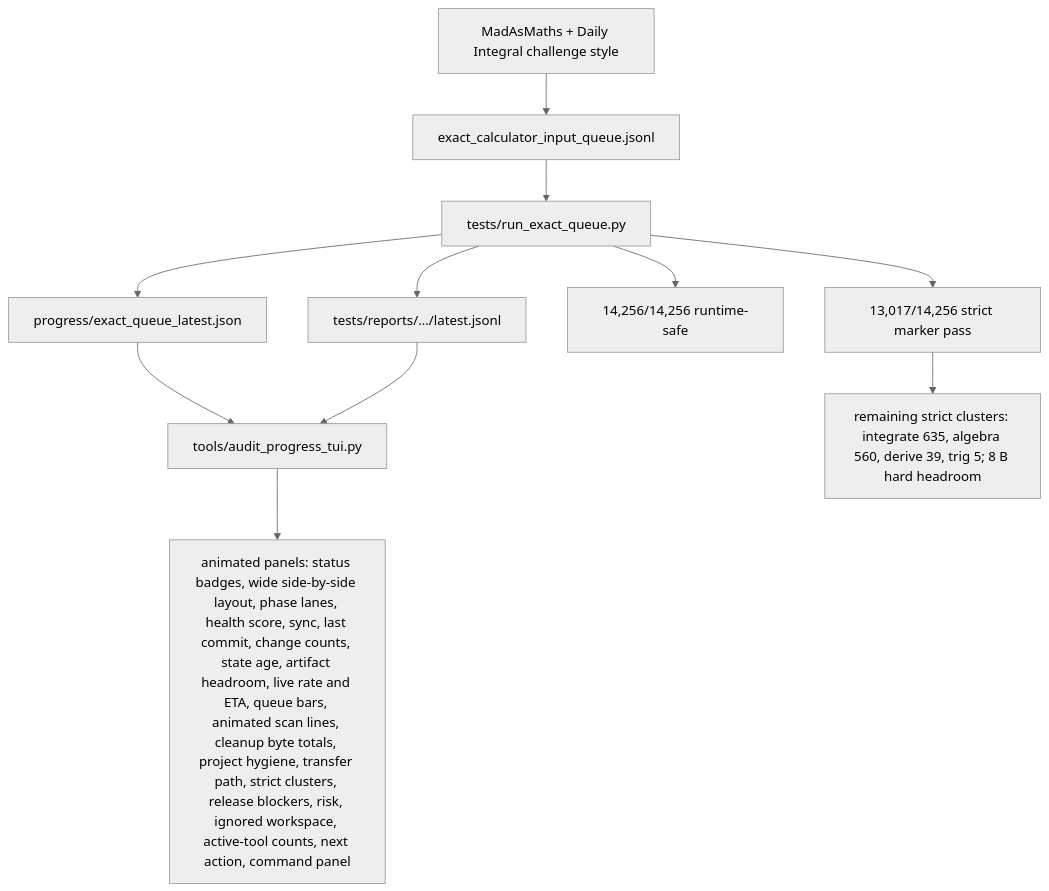
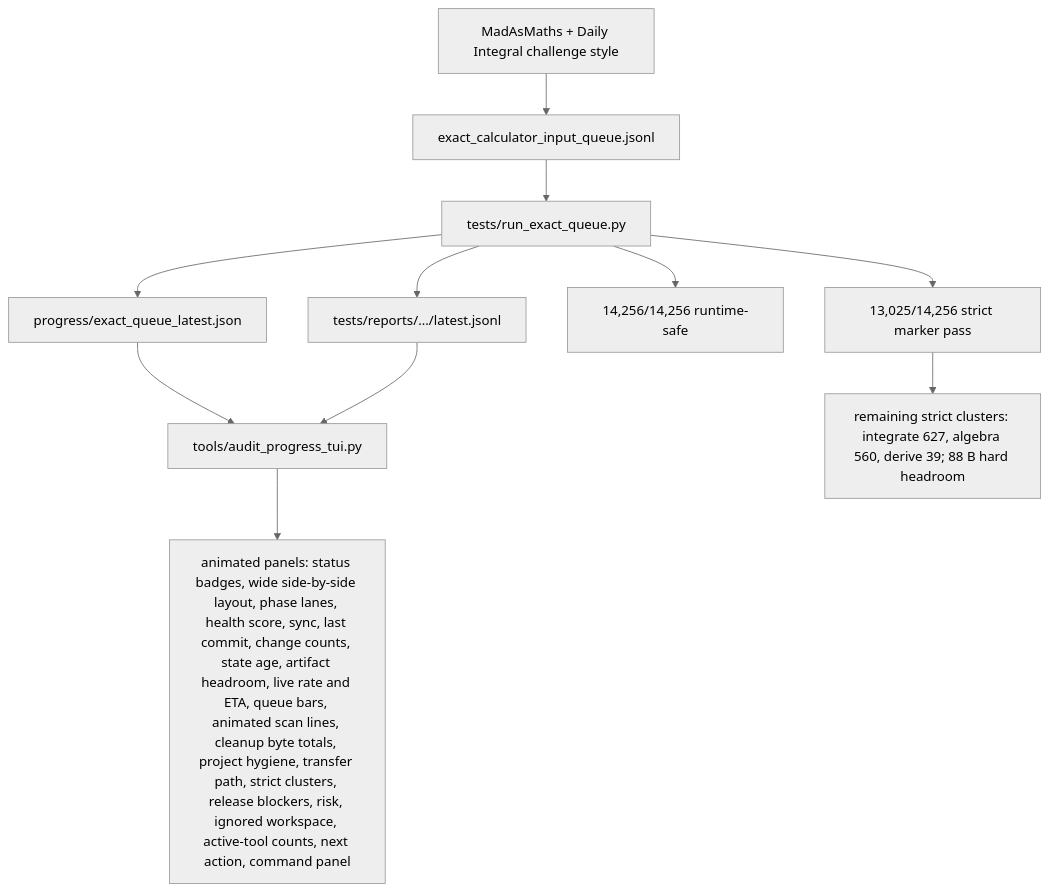
Before and after one commit to james8464/notes-addin-casio-fx-cg50: the fifth of 6 diagrams in docs/GRAPH.md, drawn with Mermaid (neutral theme). The commit also changed other lines of this file and 4 other files, not shown here.

````diff
--- a/docs/GRAPH.md
+++ b/docs/GRAPH.md
@@ -60,13 +60,13 @@
 ```mermaid
 graph TD
   Online["MadAsMaths + Daily Integral challenge style"] --> Queue["exact_calculator_input_queue.jsonl"]
   Queue --> Runner["tests/run_exact_queue.py"]
   Runner --> Live["progress/exact_queue_latest.json"]
   Runner --> Report["tests/reports/.../latest.jsonl"]
   Live --> TUI["tools/audit_progress_tui.py"]
   Report --> TUI
   TUI --> Panels["animated panels: status badges, wide side-by-side layout, phase lanes, health score, sync, last commit, change counts, state age, artifact headroom, live rate and ETA, queue bars, animated scan lines, cleanup byte totals, project hygiene, transfer path, strict clusters, release blockers, risk, ignored workspace, active-tool counts, next action, command panel"]
   Runner --> Runtime["14,256/14,256 runtime-safe"]
-  Runner --> Strict["13,017/14,256 strict marker pass"]
-  Strict --> Remaining["remaining strict clusters: integrate 635, algebra 560, derive 39, trig 5; 8 B hard headroom"]
+  Runner --> Strict["13,025/14,256 strict marker pass"]
+  Strict --> Remaining["remaining strict clusters: integrate 627, algebra 560, derive 39; 88 B hard headroom"]
 ```
````
